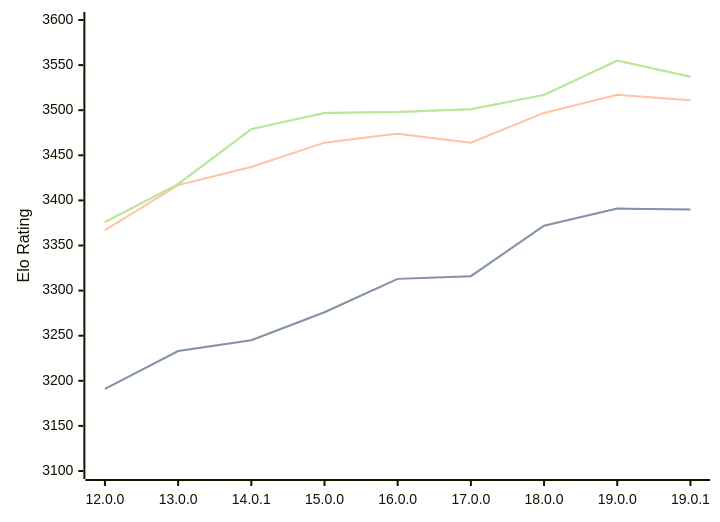
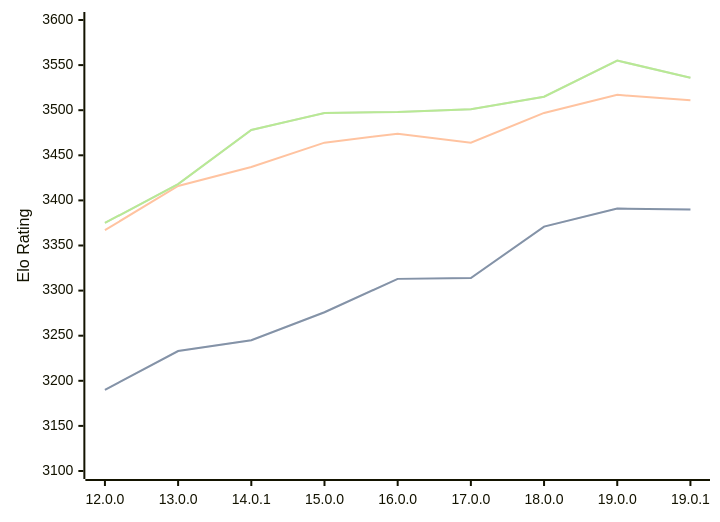
One commit to computer-chess-index/cci changed the diagram in engines/Viridithas.md. Above: the diagram before and after it, drawn with Mermaid. The commit also changed other lines of this file, not shown here.

Commit message:
Update CCI Ratings (ELO VLTC) - 2026-06-12

````diff
--- a/engines/Viridithas.md
+++ b/engines/Viridithas.md
@@ -63,11 +63,11 @@
 ```mermaid
 %%{init: {"theme":"base","themeVariables":{"seriesColors:['#a3a3a3','#222221','#faa371']}}}%%
 xychart-beta
   x-axis ["12.0.0", "13.0.0", "14.0.1", "15.0.0", "16.0.0", "17.0.0", "18.0.0", "19.0.0", "19.0.1"]
   y-axis "Elo Rating" 3100 --> 3600
-  line "STC (8.0+0.08s)" [3191, 3233, 3245, 3276, 3313, 3316, 3372, 3391, 3390]
-  line "STC (8.0+0.08s)" [3191, 3233, 3245, 3276, 3313, 3316, 3372, 3391, 3390]
-  line "LTC (60.0+0.60s)" [3367, 3417, 3437, 3464, 3474, 3464, 3497, 3517, 3511]
-  line "VLTC (2m24s+1.12s)" [3376, 3418, 3479, 3497, 3498, 3501, 3517, 3555, 3537]
-  line "VLTC (2m24s+1.12s)" [3376, 3418, 3479, 3497, 3498, 3501, 3517, 3555, 3537]
+  line "STC (8.0+0.08s)" [3190, 3233, 3245, 3276, 3313, 3314, 3371, 3391, 3390]
+  line "STC (8.0+0.08s)" [3190, 3233, 3245, 3276, 3313, 3314, 3371, 3391, 3390]
+  line "LTC (60.0+0.60s)" [3367, 3416, 3437, 3464, 3474, 3464, 3497, 3517, 3511]
+  line "VLTC (2m24s+1.12s)" [3375, 3418, 3478, 3497, 3498, 3501, 3515, 3555, 3536]
+  line "VLTC (2m24s+1.12s)" [3375, 3418, 3478, 3497, 3498, 3501, 3515, 3555, 3536]
 ```
````
